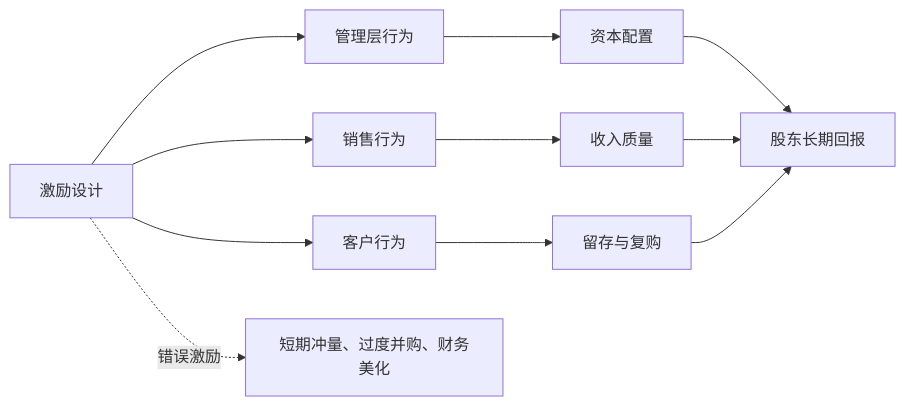
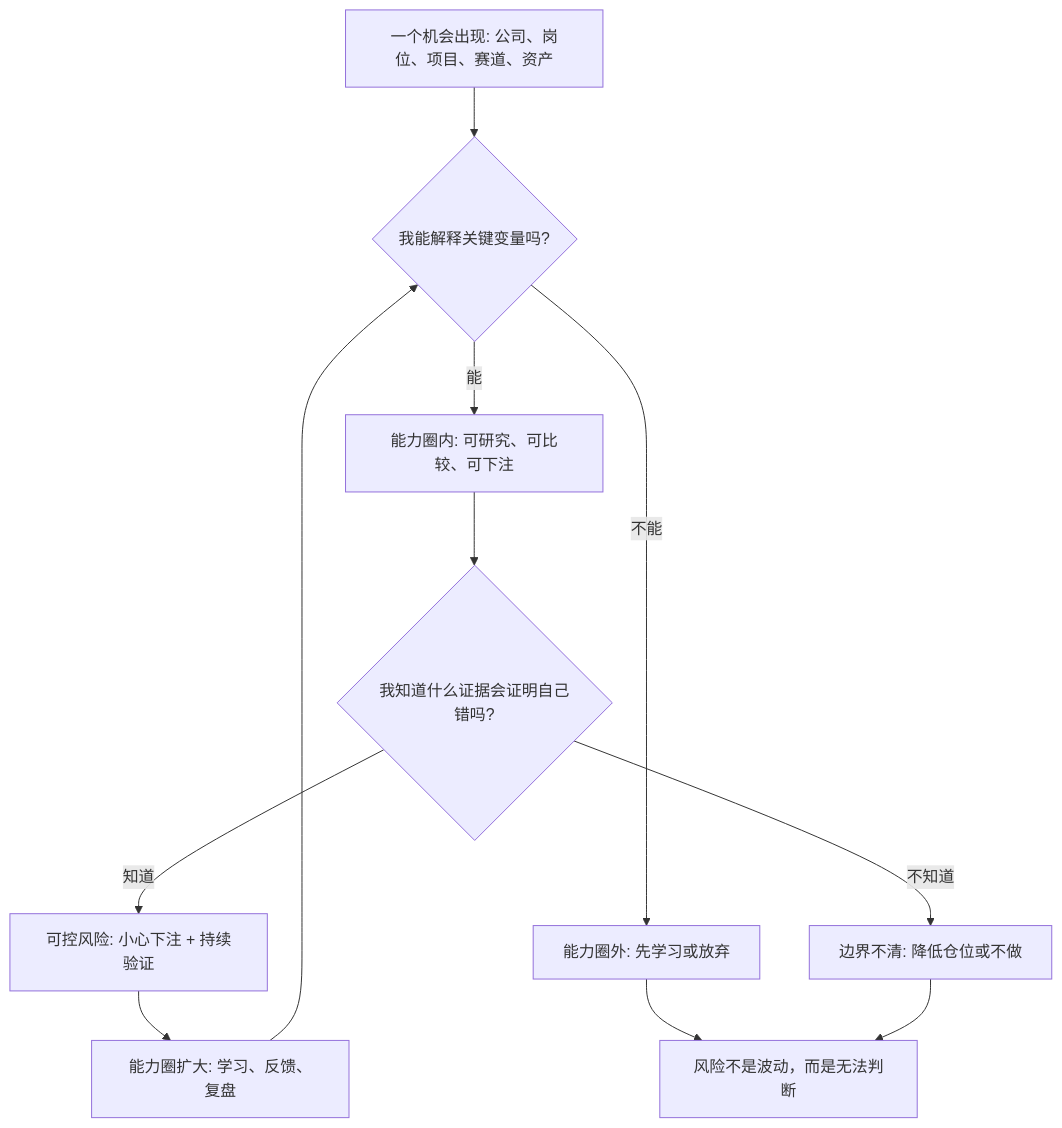
One commit to digoal/blog changed the diagram in 202605/20260519_24.md. Above: the diagram before and after it, drawn with Mermaid. The commit also changed other lines of this file and 51 other files, not shown here.

````diff
--- a/202605/20260519_24.md
+++ b/202605/20260519_24.md
@@ -22,13 +22,13 @@
 ```mermaid
-flowchart LR
-  A["激励设计"] --> B["管理层行为"]
-  A --> C["销售行为"]
-  A --> D["客户行为"]
-  B --> E["资本配置"]
-  C --> F["收入质量"]
-  D --> G["留存与复购"]
-  E --> H["股东长期回报"]
-  F --> H
+flowchart TD
+  A["一个机会出现: 公司、岗位、项目、赛道、资产"] --> B{"我能解释关键变量吗?"}
+  B -- "能" --> C["能力圈内: 可研究、可比较、可下注"]
+  B -- "不能" --> D["能力圈外: 先学习或放弃"]
+  C --> E{"我知道什么证据会证明自己错吗?"}
+  E -- "知道" --> F["可控风险: 小心下注 + 持续验证"]
+  E -- "不知道" --> G["边界不清: 降低仓位或不做"]
+  D --> H["风险不是波动，而是无法判断"]
   G --> H
-  A -. "错误激励" .-> I["短期冲量、过度并购、财务美化"]
+  F --> I["能力圈扩大: 学习、反馈、复盘"]
+  I --> B
 ```
````
